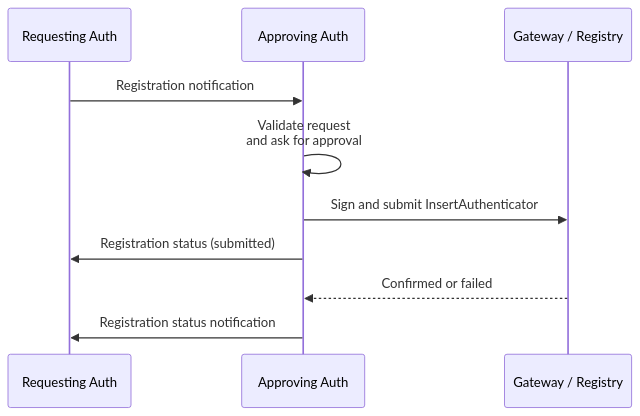
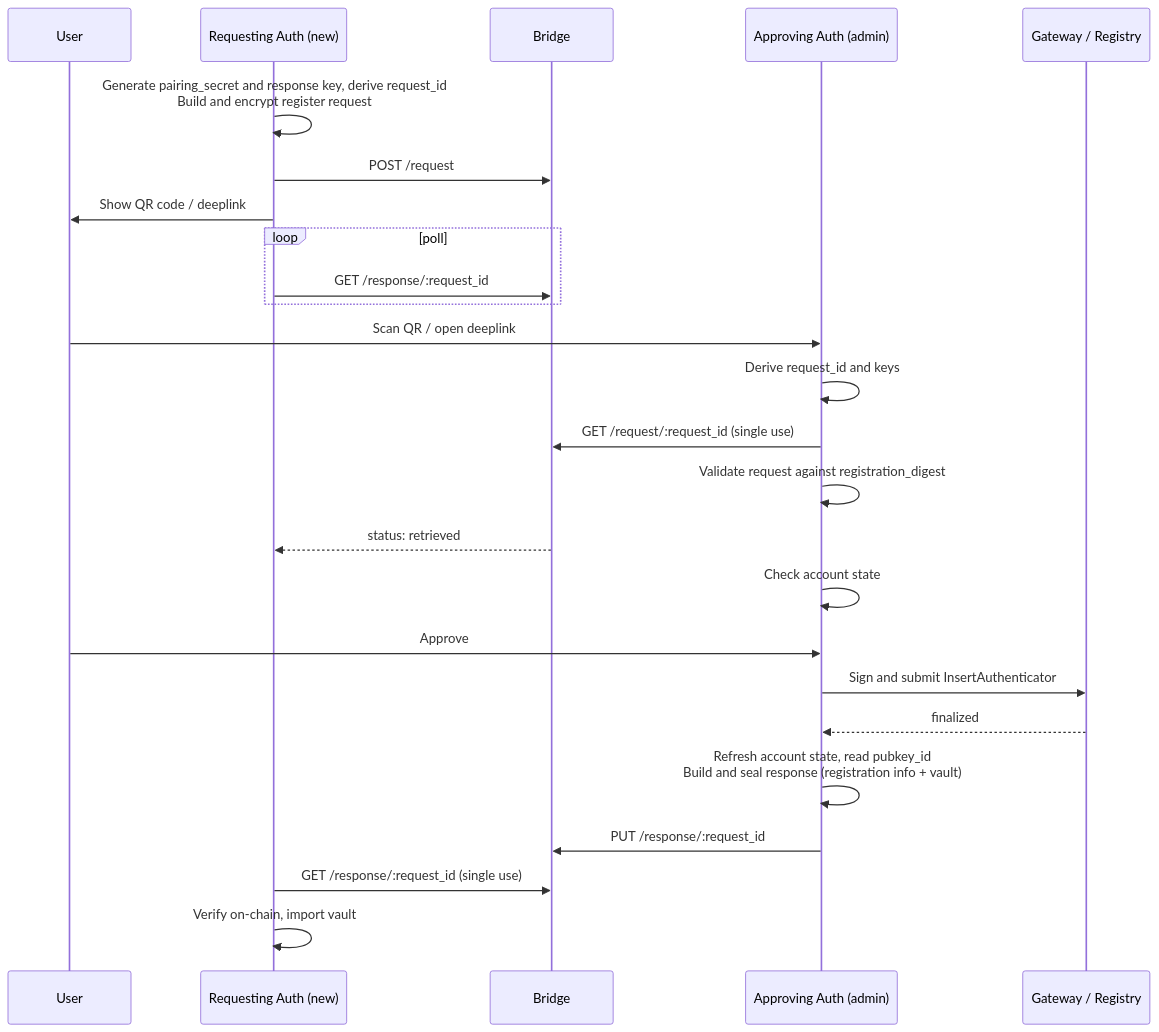
The diagram in docs/WIPs/wip-109.md (worldcoin/world-id-protocol), drawn with Mermaid before and after one commit. The commit also changed other lines of this file and 1 other file, not shown here.

First line of the commit message:
docs: rewrite WIP-109 as bridge-based authenticator registration

````diff
--- a/docs/WIPs/wip-109.md
+++ b/docs/WIPs/wip-109.md
@@ -31,13 +45,28 @@
 ```mermaid
 sequenceDiagram
-    participant r as Requesting Auth
-    participant a as Approving Auth
+    participant u as User
+    participant r as Requesting Auth (new)
+    participant b as Bridge
+    participant a as Approving Auth (admin)
     participant g as Gateway / Registry
 
-    r->>a: Registration notification
-    a->>a: Validate request<br/>and ask for approval
+    r->>r: Generate pairing_secret and response key, derive request_id<br/>Build and encrypt register request
+    r->>b: POST /request
+    r->>u: Show QR code / deeplink
+    loop poll
+        r->>b: GET /response/:request_id
+    end
+    u->>a: Scan QR / open deeplink
+    a->>a: Derive request_id and keys
+    a->>b: GET /request/:request_id (single use)
+    a->>a: Validate request against registration_digest
+    b-->>r: status: retrieved
+    a->>a: Check account state
+    u->>a: Approve
     a->>g: Sign and submit InsertAuthenticator
-    a->>r: Registration status (submitted)
-    g-->>a: Confirmed or failed
-    a->>r: Registration status notification
+    g-->>a: finalized
+    a->>a: Refresh account state, read pubkey_id<br/>Build and seal response (registration info + vault)
+    a->>b: PUT /response/:request_id
+    r->>b: GET /response/:request_id (single use)
+    r->>r: Verify on-chain, import vault
 ```
````
